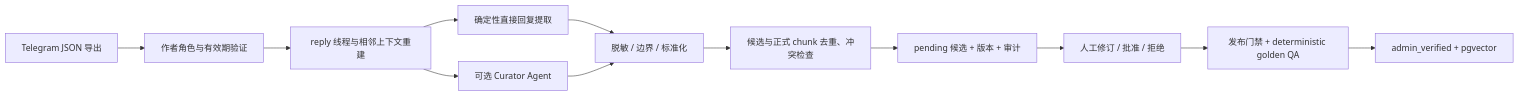
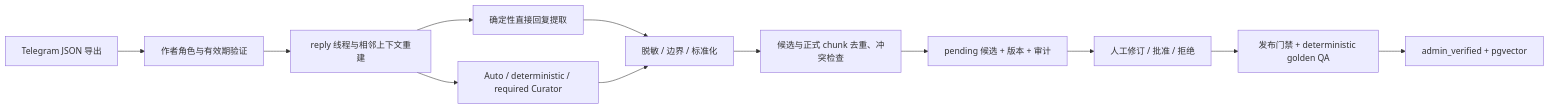
One commit to spencer17x/xxyy-ask changed the diagram in docs/knowledge-evolution.md. Above: the diagram before and after it, drawn with Mermaid. The commit also changed other lines of this file and 16 other files, not shown here.

````diff
--- a/docs/knowledge-evolution.md
+++ b/docs/knowledge-evolution.md
@@ -7,14 +7,14 @@
 ```mermaid
 flowchart LR
   Export["Telegram JSON 导出"] --> Role["作者角色与有效期验证"]
   Role --> Thread["reply 线程与相邻上下文重建"]
   Thread --> Rules["确定性直接回复提取"]
-  Thread --> Agent["可选 Curator Agent"]
+  Thread --> Agent["Auto / deterministic / required Curator"]
   Rules --> Guard["脱敏 / 边界 / 标准化"]
   Agent --> Guard
   Guard --> Match["候选与正式 chunk 去重、冲突检查"]
   Match --> Pending["pending 候选 + 版本 + 审计"]
   Pending --> Review["人工修订 / 批准 / 拒绝"]
   Review --> Gate["发布门禁 + deterministic golden QA"]
   Gate --> Published["admin_verified + pgvector"]
 ```
````
